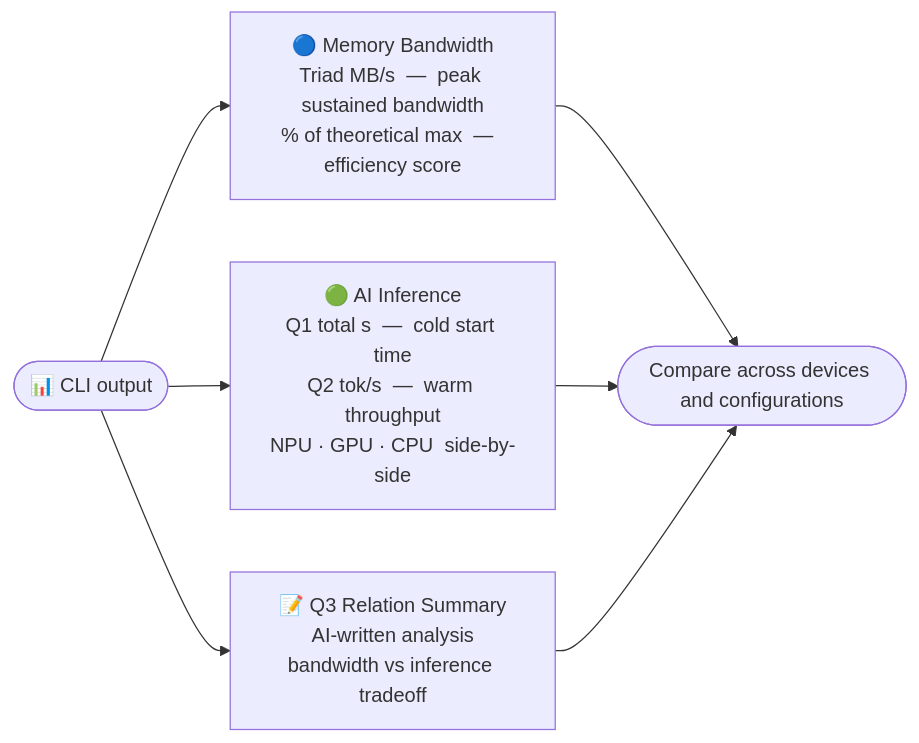
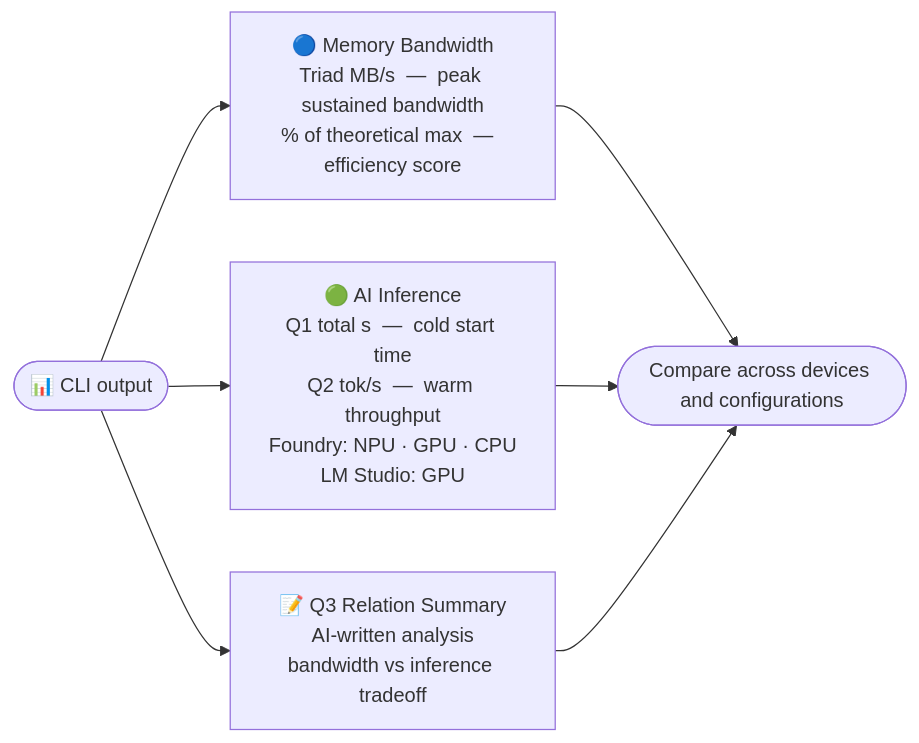
The second of 2 diagrams in README.md (tsjeremy/StreamBench), drawn with Mermaid before and after one commit. The commit also changed other lines of this file and 4 other files, not shown here.

First line of the commit message:
LM Studio NPU docs, silent GUI, updated flows and banner

````diff
--- a/README.md
+++ b/README.md
@@ -436,12 +452,12 @@
 ```mermaid
 flowchart LR
     A(["📊 CLI output"]) --> B & C & D
 
     B["🔵 Memory Bandwidth<br/>Triad MB/s  —  peak sustained bandwidth<br/>% of theoretical max  —  efficiency score"]
 
-    C["🟢 AI Inference<br/>Q1 total s  —  cold start time<br/>Q2 tok/s  —  warm throughput<br/>NPU · GPU · CPU  side-by-side"]
+    C["🟢 AI Inference<br/>Q1 total s  —  cold start time<br/>Q2 tok/s  —  warm throughput<br/>Foundry: NPU · GPU · CPU<br/>LM Studio: GPU"]
 
     D["📝 Q3 Relation Summary<br/>AI-written analysis<br/>bandwidth vs inference tradeoff"]
 
     B & C & D --> E(["Compare across devices and configurations"])
 ```
````
